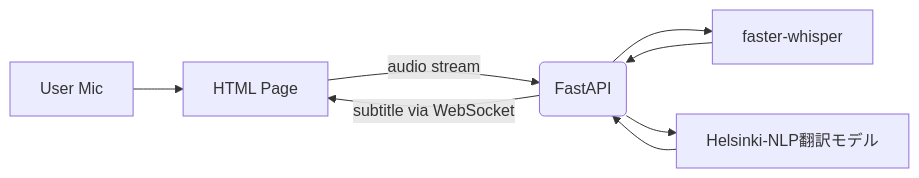
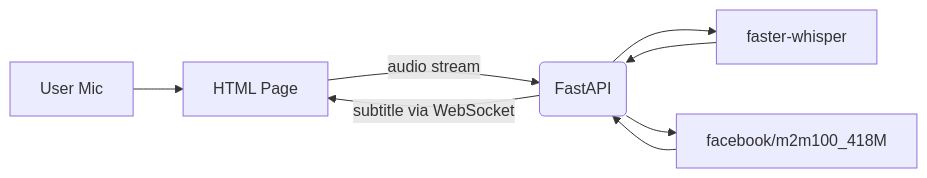
Before and after one commit to kazukiminemura/Bilingual_Live_Translator: the diagram in docs/architecture.md, drawn with Mermaid. The commit also changed other lines of this file and 3 other files, not shown here.

````diff
--- a/docs/architecture.md
+++ b/docs/architecture.md
@@ -12,10 +12,10 @@
 ```mermaid
 graph LR
     A[User Mic] --> B[HTML Page]
     B -- audio stream --> C(FastAPI)
     C --> D[faster-whisper]
     D --> C
-    C --> E[Helsinki-NLP翻訳モデル]
+    C --> E[facebook/m2m100_418M]
     E --> C
     C -- subtitle via WebSocket --> B
 ```
````
